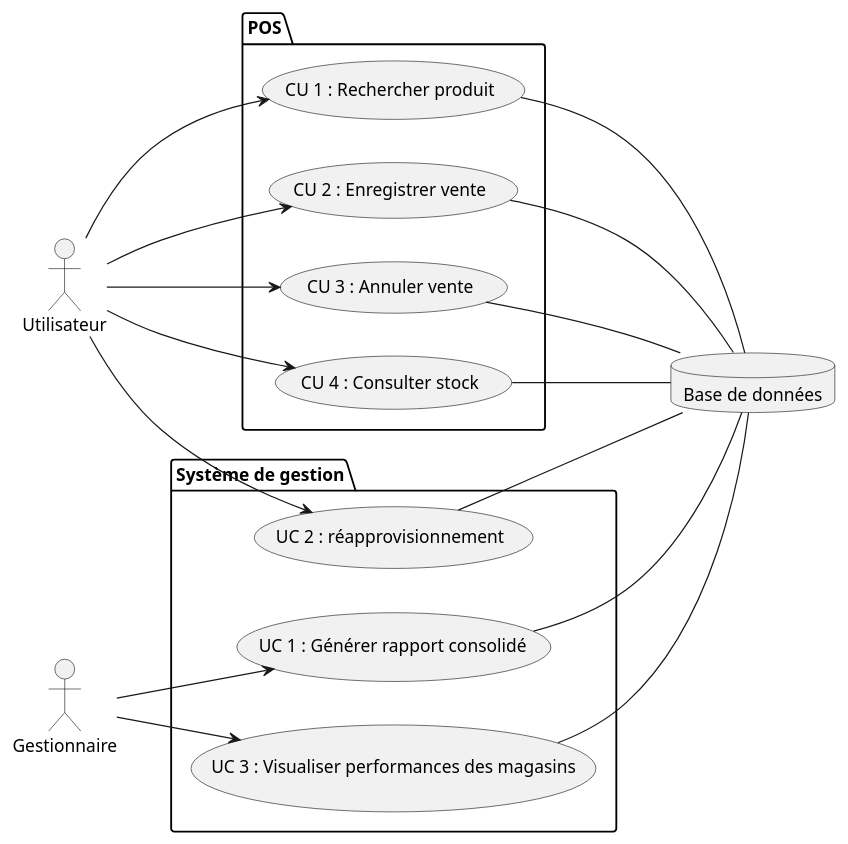
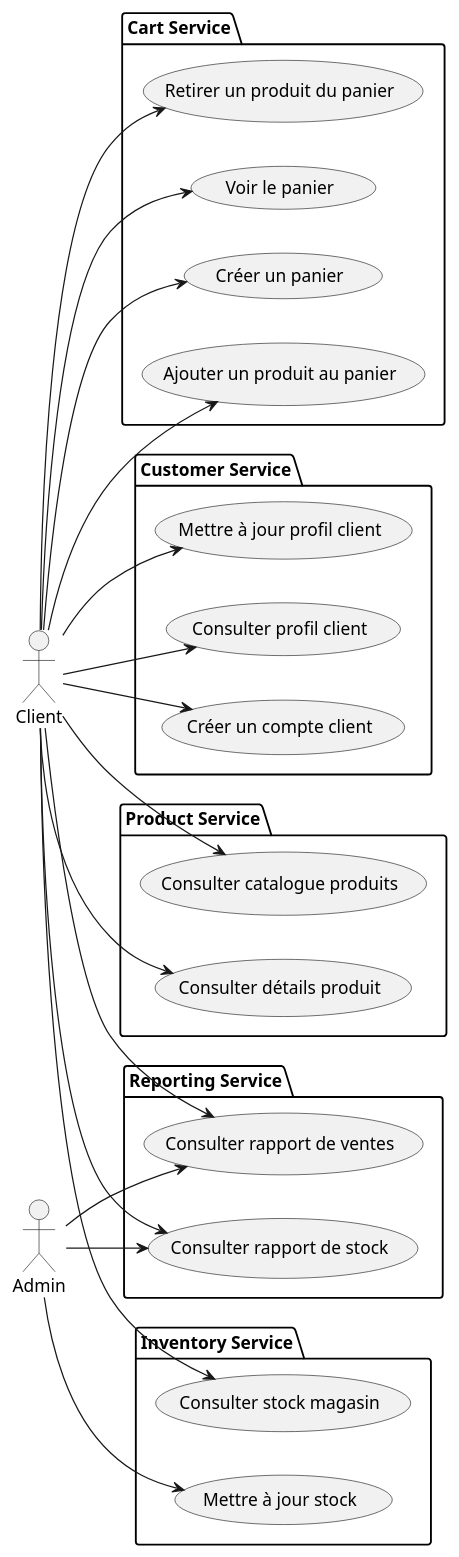
Before and after one commit to Mdyoucef99/LAB5_LOG430: the diagram in docs/lab5/UML/Vue_CU.puml, drawn with PlantUML. The commit also changed 11 other files, not shown here.

Commit message:
ajout diagramme

```diff
--- a/docs/lab5/UML/Vue_CU.puml
+++ b/docs/lab5/UML/Vue_CU.puml
@@ -1,41 +1,52 @@
-@startuml Cas d'utilisation
-
+@startuml
 left to right direction
 
-actor Utilisateur
-actor Gestionnaire
+actor Client
+actor "Admin" as Admin
 
-database  "Base de données" as DB
-
-package "POS" {
-  usecase "CU 1 : Rechercher produit" as U1
-  usecase "CU 2 : Enregistrer vente" as U2
-  usecase "CU 3 : Annuler vente" as U3
-  usecase "CU 4 : Consulter stock" as U4
+package "Cart Service" {
+  usecase "Créer un panier" as UC1
+  usecase "Ajouter un produit au panier" as UC2
+  usecase "Retirer un produit du panier" as UC3
+  usecase "Voir le panier" as UC4
 }
 
-package "Système de gestion" {
-  usecase "UC 1 : Générer rapport consolidé" as UC1
-  usecase "UC 2 : réapprovisionnement" as UC2
-  usecase "UC 3 : Visualiser performances des magasins" as UC3
+package "Customer Service" {
+  usecase "Créer un compte client" as UC5
+  usecase "Mettre à jour profil client" as UC6
+  usecase "Consulter profil client" as UC7
 }
 
-Utilisateur --> U1
-Utilisateur --> U2
-Utilisateur --> U3
-Utilisateur --> U4
+package "Product Service" {
+  usecase "Consulter catalogue produits" as UC8
+  usecase "Consulter détails produit" as UC9
+}
 
-U1 -- DB
-U2 -- DB
-U3 -- DB
-U4 -- DB
+package "Inventory Service" {
+  usecase "Consulter stock magasin" as UC10
+  usecase "Mettre à jour stock" as UC11
+}
 
-UC1 -- DB
-UC2 -- DB
-UC3 -- DB
+package "Reporting Service" {
+  usecase "Consulter rapport de ventes" as UC12
+  usecase "Consulter rapport de stock" as UC13
+}
 
-Gestionnaire --> UC1
-Gestionnaire --> UC3
-Utilisateur --> UC2
+Client --> UC1
+Client --> UC2
+Client --> UC3
+Client --> UC4
+Client --> UC5
+Client --> UC6
+Client --> UC7
+Client --> UC8
+Client --> UC9
+Client --> UC10
+Client --> UC12
+Client --> UC13
+
+Admin --> UC11
+Admin --> UC12
+Admin --> UC13
 
 @enduml
```
